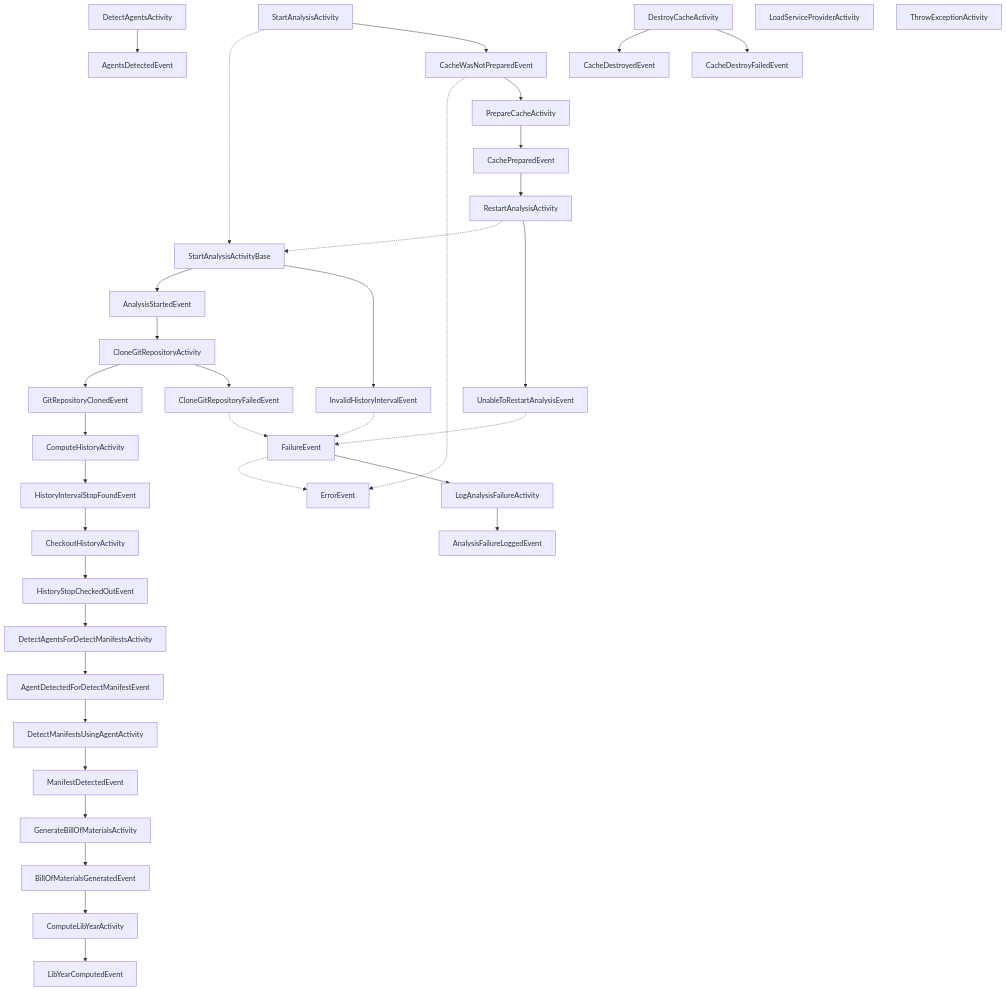
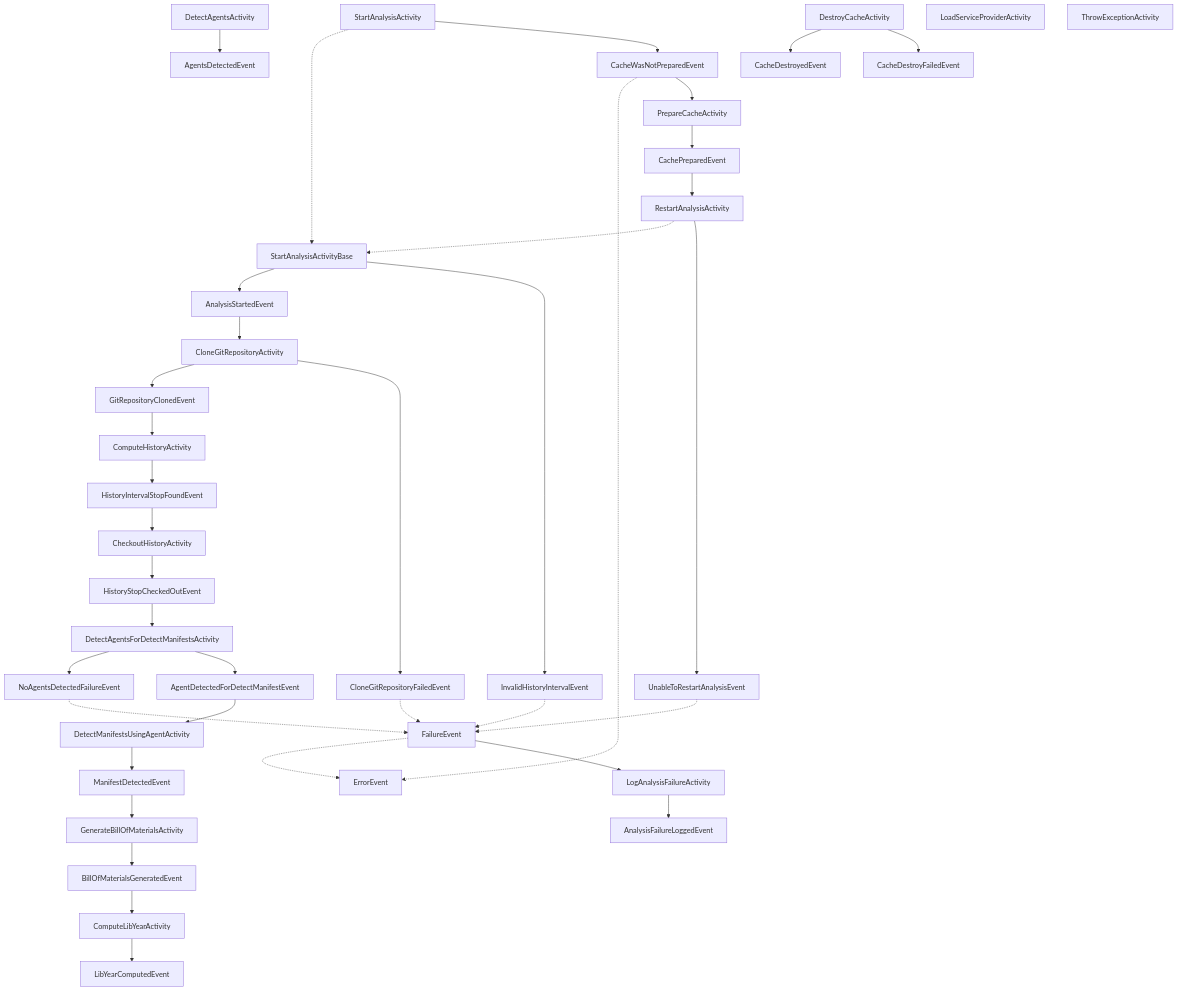
The diagram in docs/activities-and-events.md (corgibytes/freshli-cli), drawn with Mermaid before and after one commit.

Commit message:
Committing auto generated diagram.

````diff
--- a/docs/activities-and-events.md
+++ b/docs/activities-and-events.md
@@ -13,49 +13,52 @@
 ```mermaid
 flowchart TD;
     PrepareCacheActivity --> CachePreparedEvent
     AgentsDetectedEvent
     DetectAgentsActivity --> AgentsDetectedEvent
+    NoAgentsDetectedFailureEvent -.-> FailureEvent
+    NoAgentsDetectedFailureEvent
     AgentDetectedForDetectManifestEvent --> DetectManifestsUsingAgentActivity
     AnalysisFailureLoggedEvent
     AnalysisStartedEvent --> CloneGitRepositoryActivity
     CacheWasNotPreparedEvent -.-> ErrorEvent
     CacheWasNotPreparedEvent --> PrepareCacheActivity
+    DetectAgentsForDetectManifestsActivity --> NoAgentsDetectedFailureEvent
     DetectAgentsForDetectManifestsActivity --> AgentDetectedForDetectManifestEvent
     DetectManifestsUsingAgentActivity --> ManifestDetectedEvent
     ErrorEvent
     FailureEvent -.-> ErrorEvent
     FailureEvent --> LogAnalysisFailureActivity
     InvalidHistoryIntervalEvent -.-> FailureEvent
     InvalidHistoryIntervalEvent
     LogAnalysisFailureActivity --> AnalysisFailureLoggedEvent
     ManifestDetectedEvent --> GenerateBillOfMaterialsActivity
     RestartAnalysisActivity -.-> StartAnalysisActivityBase
     RestartAnalysisActivity --> UnableToRestartAnalysisEvent
     StartAnalysisActivity -.-> StartAnalysisActivityBase
     StartAnalysisActivity --> CacheWasNotPreparedEvent
     StartAnalysisActivityBase --> AnalysisStartedEvent
     StartAnalysisActivityBase --> InvalidHistoryIntervalEvent
     UnableToRestartAnalysisEvent -.-> FailureEvent
     UnableToRestartAnalysisEvent
     BillOfMaterialsGeneratedEvent --> ComputeLibYearActivity
     GenerateBillOfMaterialsActivity --> BillOfMaterialsGeneratedEvent
     CacheDestroyedEvent
     CacheDestroyFailedEvent
     DestroyCacheActivity --> CacheDestroyedEvent
     DestroyCacheActivity --> CacheDestroyFailedEvent
     CachePreparedEvent --> RestartAnalysisActivity
     ComputeLibYearActivity --> LibYearComputedEvent
     CloneGitRepositoryActivity --> GitRepositoryClonedEvent
     CloneGitRepositoryActivity --> CloneGitRepositoryFailedEvent
     CloneGitRepositoryFailedEvent -.-> FailureEvent
     CloneGitRepositoryFailedEvent
     GitRepositoryClonedEvent --> ComputeHistoryActivity
     CheckoutHistoryActivity --> HistoryStopCheckedOutEvent
     ComputeHistoryActivity --> HistoryIntervalStopFoundEvent
     HistoryIntervalStopFoundEvent --> CheckoutHistoryActivity
     HistoryStopCheckedOutEvent --> DetectAgentsForDetectManifestsActivity
     LibYearComputedEvent
     LoadServiceProviderActivity
     ThrowExceptionActivity
 
 ```
````
